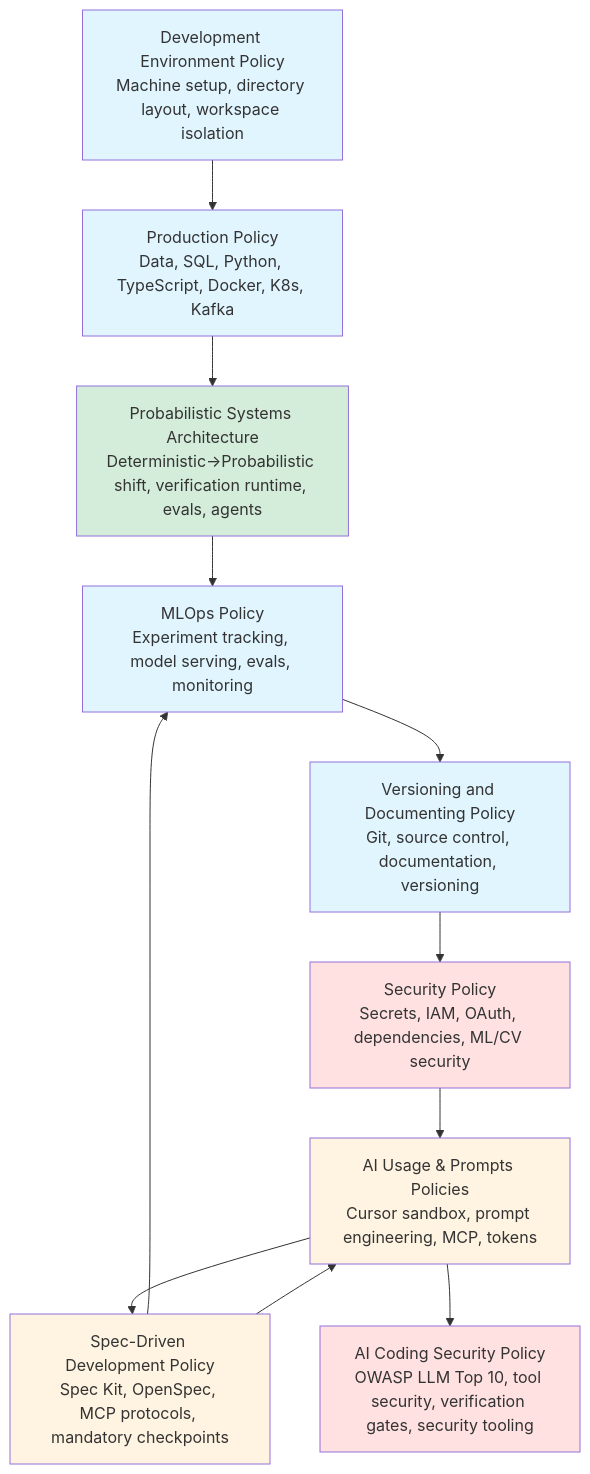
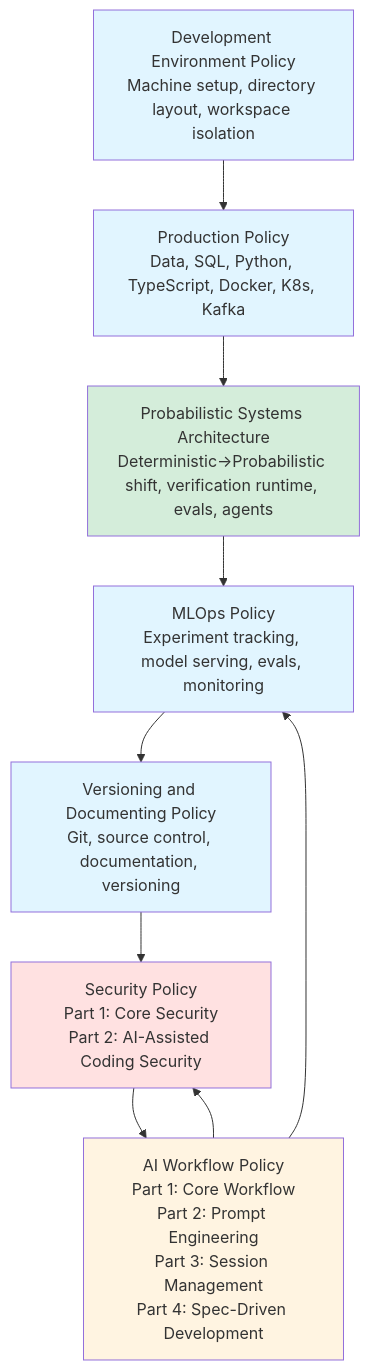
One commit to alfonsocruzvelasco/engineering-policies changed the diagram in README.md. Above: the diagram before and after it, drawn with Mermaid.

Commit message:
Update policy relationships diagram to reflect consolidated structure

````diff
--- a/README.md
+++ b/README.md
@@ -154,23 +154,19 @@
 ```mermaid
 flowchart TD
     A[Development Environment Policy<br/>Machine setup, directory layout, workspace isolation] --> B[Production Policy<br/>Data, SQL, Python, TypeScript, Docker, K8s, Kafka]
     B --> G[Probabilistic Systems Architecture<br/>Deterministic→Probabilistic shift, verification runtime, evals, agents]
     G --> C[MLOps Policy<br/>Experiment tracking, model serving, evals, monitoring]
     C --> D[Versioning and Documenting Policy<br/>Git, source control, documentation, versioning]
-    D --> E[Security Policy<br/>Secrets, IAM, OAuth, dependencies, ML/CV security]
-    E --> F[AI Usage & Prompts Policies<br/>Cursor sandbox, prompt engineering, MCP, tokens]
-    F --> I[Spec-Driven Development Policy<br/>Spec Kit, OpenSpec, MCP protocols, mandatory checkpoints]
-    F --> H[AI Coding Security Policy<br/>OWASP LLM Top 10, tool security, verification gates, security tooling]
-    I --> C
-    I --> F
+    D --> E[Security Policy<br/>Part 1: Core Security<br/>Part 2: AI-Assisted Coding Security]
+    E --> F[AI Workflow Policy<br/>Part 1: Core Workflow<br/>Part 2: Prompt Engineering<br/>Part 3: Session Management<br/>Part 4: Spec-Driven Development]
+    F --> C
+    F --> E
 
     style A fill:#e1f5ff
     style B fill:#e1f5ff
     style G fill:#d4edda
     style C fill:#e1f5ff
     style D fill:#e1f5ff
     style E fill:#ffe1e1
     style F fill:#fff4e1
-    style H fill:#ffe1e1
-    style I fill:#fff4e1
 ```
````
